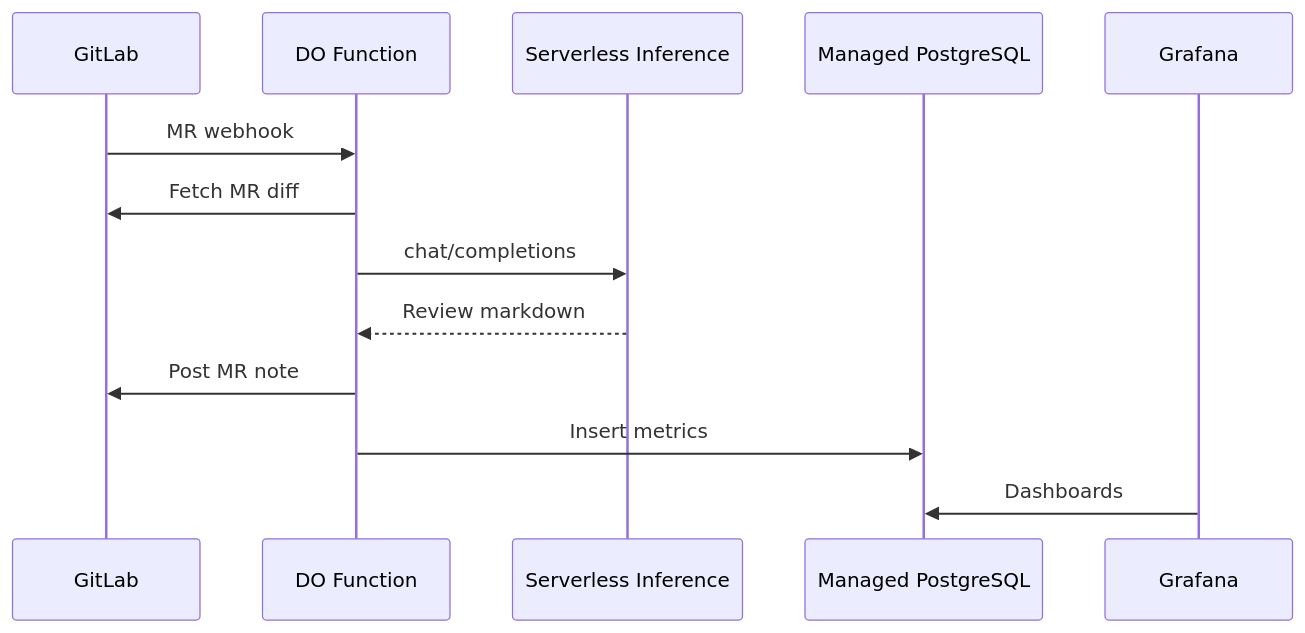
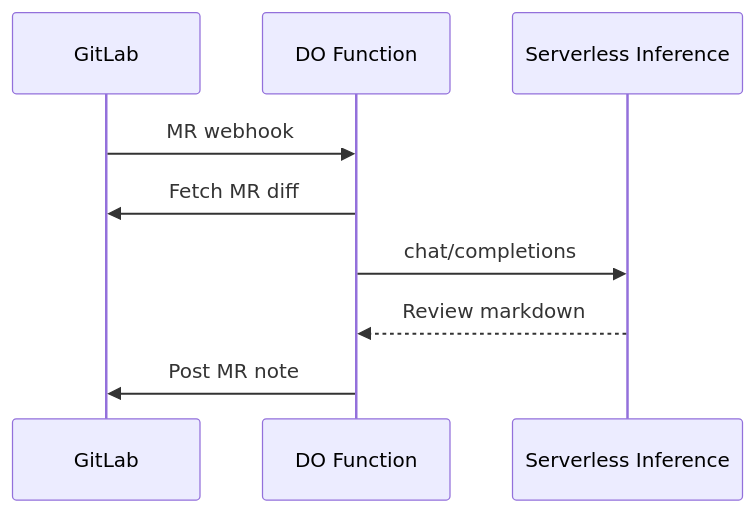
Before and after one commit to AshokMookkaiah/Code_reviewer_sample: the diagram in README.md, drawn with Mermaid. The commit also changed other lines of this file, not shown here.

````diff
--- a/README.md
+++ b/README.md
@@ -16,16 +15,12 @@
 ```mermaid
 sequenceDiagram
     participant GL as GitLab
     participant FN as DO Function
     participant INF as Serverless Inference
-    participant DB as Managed PostgreSQL
-    participant GF as Grafana
 
     GL->>FN: MR webhook
     FN->>GL: Fetch MR diff
     FN->>INF: chat/completions
     INF-->>FN: Review markdown
     FN->>GL: Post MR note
-    FN->>DB: Insert metrics
-    GF->>DB: Dashboards
 ```
````
